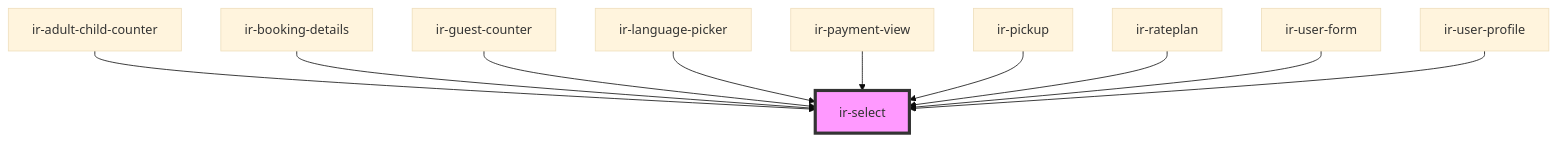
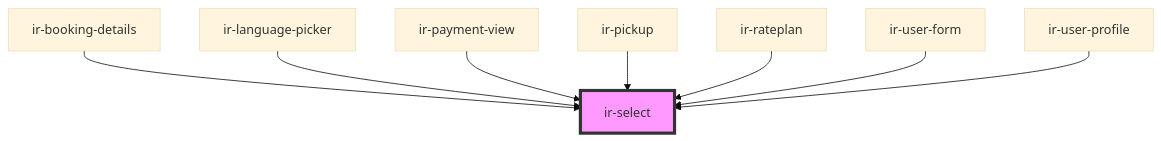
One commit to RonyRizk/ir-be changed the diagram in src/components/ui/ir-select/readme.md. Above: the diagram before and after it, drawn with Mermaid (base theme). The commit also changed other lines of this file and 22 other files, not shown here.

````diff
--- a/src/components/ui/ir-select/readme.md
+++ b/src/components/ui/ir-select/readme.md
@@ -45,13 +43,11 @@
 ```mermaid
 graph TD;
-  ir-adult-child-counter --> ir-select
   ir-booking-details --> ir-select
-  ir-guest-counter --> ir-select
   ir-language-picker --> ir-select
   ir-payment-view --> ir-select
   ir-pickup --> ir-select
   ir-rateplan --> ir-select
   ir-user-form --> ir-select
   ir-user-profile --> ir-select
   style ir-select fill:#f9f,stroke:#333,stroke-width:4px
 ```
````
